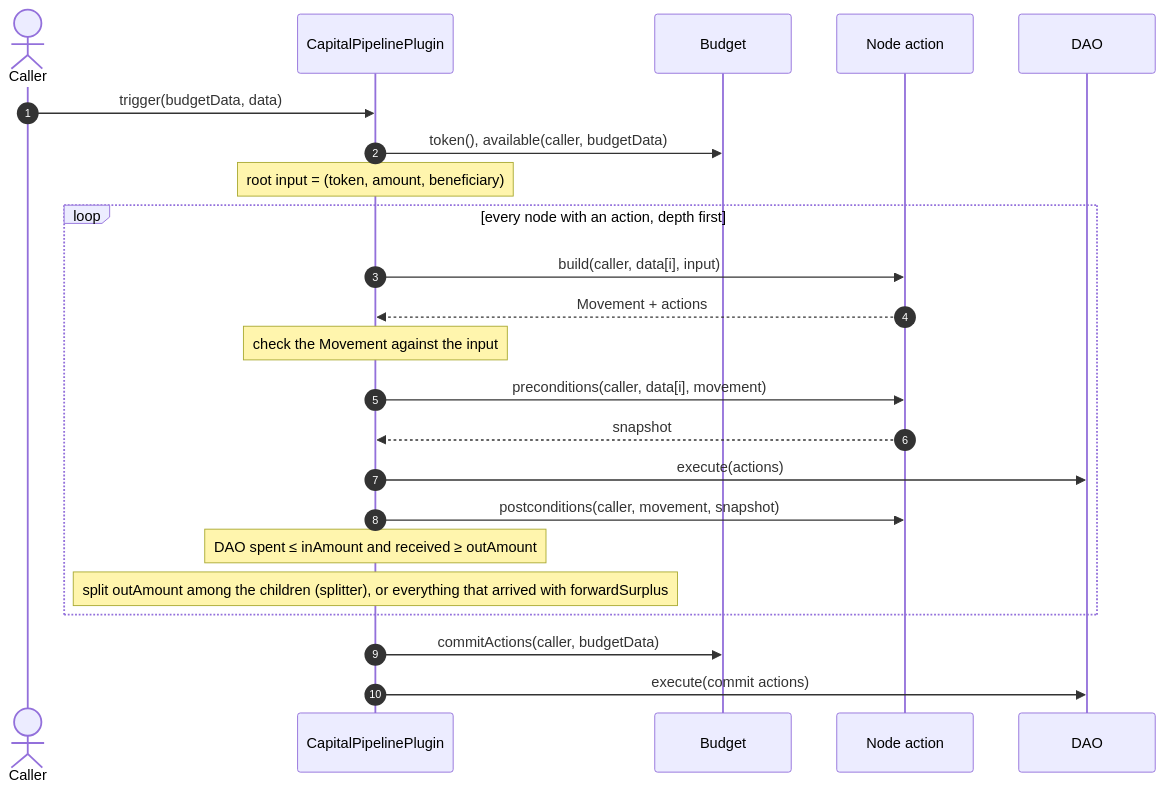
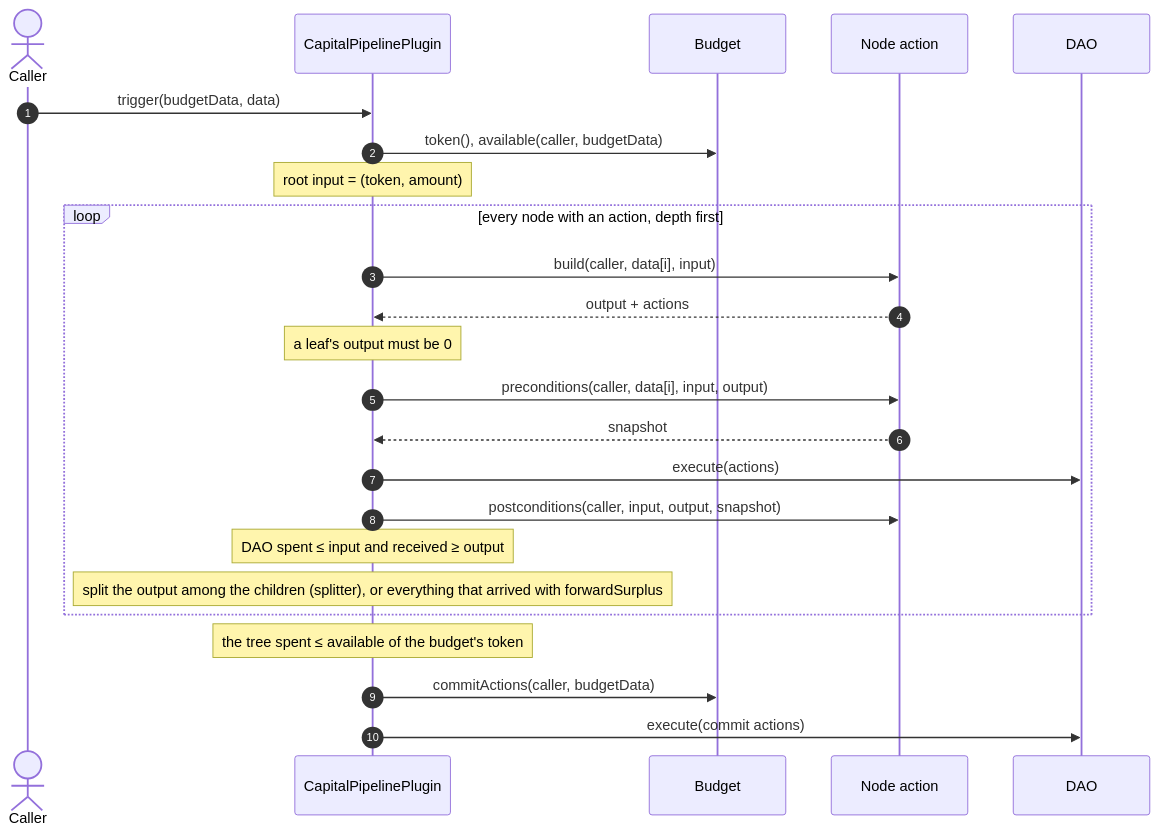
One commit to antfarm-official/tree-capital changed the second of 10 diagrams in README.md. Above: the diagram before and after it, drawn with Mermaid. The commit also changed other lines of this file and 9 other files, not shown here.

````diff
--- a/README.md
+++ b/README.md
@@ -61,26 +58,27 @@
 ```mermaid
 sequenceDiagram
     autonumber
     actor Caller
     participant Plugin as CapitalPipelinePlugin
     participant Budget
     participant Action as Node action
     participant DAO
 
     Caller->>Plugin: trigger(budgetData, data)
     Plugin->>Budget: token(), available(caller, budgetData)
-    Note over Plugin: root input = (token, amount, beneficiary)
+    Note over Plugin: root input = (token, amount)
     loop every node with an action, depth first
         Plugin->>Action: build(caller, data[i], input)
-        Action-->>Plugin: Movement + actions
-        Note over Plugin: check the Movement against the input
-        Plugin->>Action: preconditions(caller, data[i], movement)
+        Action-->>Plugin: output + actions
+        Note over Plugin: a leaf's output must be 0
+        Plugin->>Action: preconditions(caller, data[i], input, output)
         Action-->>Plugin: snapshot
         Plugin->>DAO: execute(actions)
-        Plugin->>Action: postconditions(caller, movement, snapshot)
-        Note over Plugin: DAO spent ≤ inAmount and received ≥ outAmount
-        Note over Plugin: split outAmount among the children (splitter), or everything that arrived with forwardSurplus
+        Plugin->>Action: postconditions(caller, input, output, snapshot)
+        Note over Plugin: DAO spent ≤ input and received ≥ output
+        Note over Plugin: split the output among the children (splitter), or everything that arrived with forwardSurplus
     end
+    Note over Plugin: the tree spent ≤ available of the budget's token
     Plugin->>Budget: commitActions(caller, budgetData)
     Plugin->>DAO: execute(commit actions)
 ```
````
